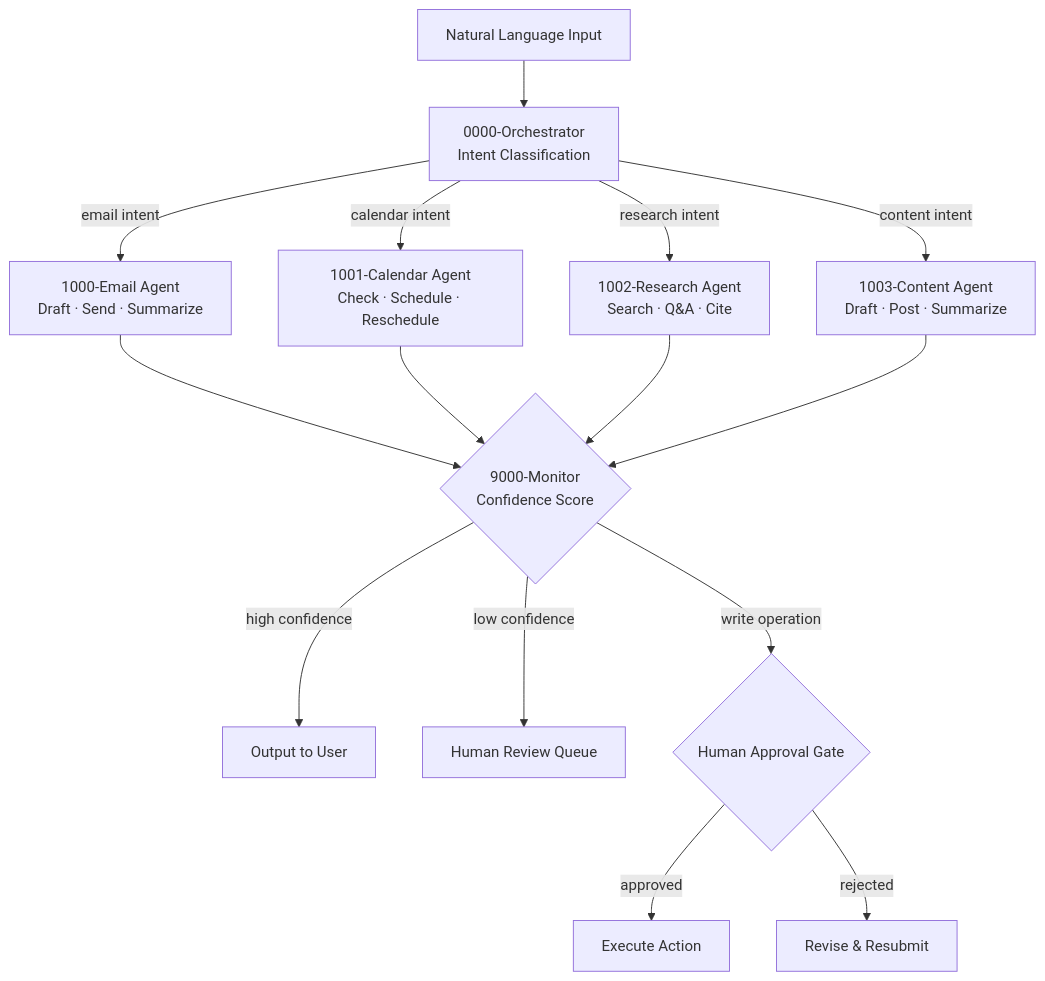
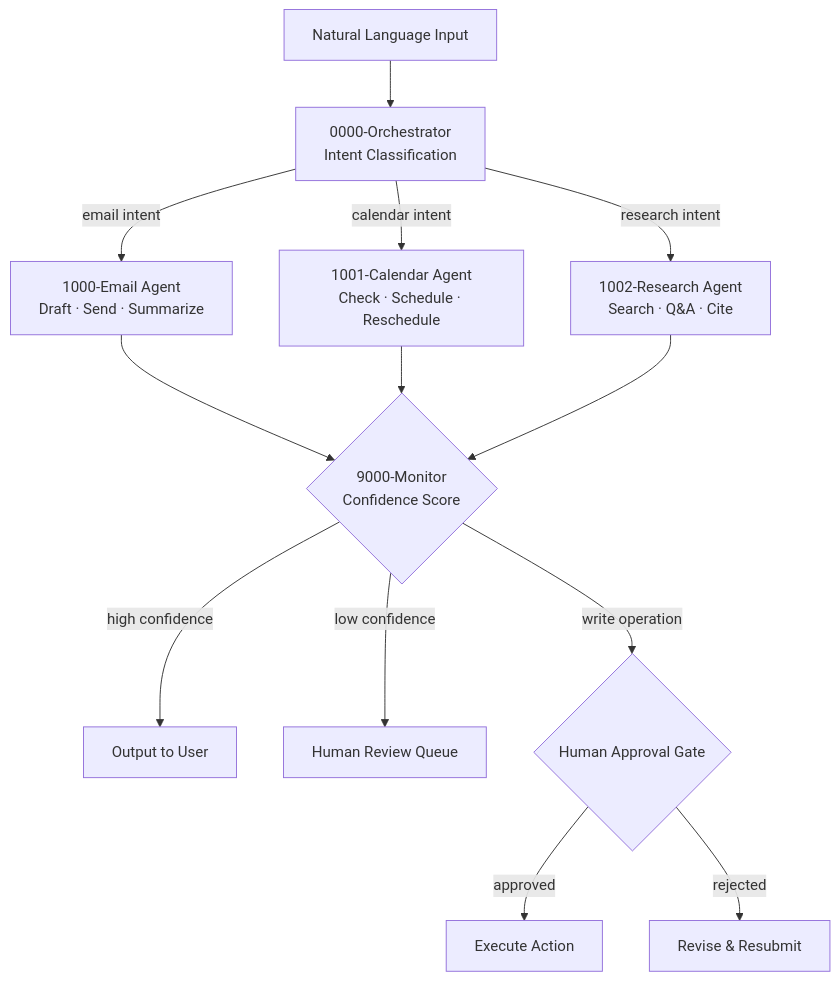
The diagram in README.md (lorenzespinosa/n8n-ai-agent-delegator), drawn with Mermaid before and after one commit. The commit also changed other lines of this file and 3 other files, not shown here.

Commit message:
fix: HITL gate warnings, remove missing agent from diagram, populate tables, update docs

````diff
--- a/README.md
+++ b/README.md
@@ -26,21 +25,18 @@
 ```mermaid
 flowchart TD
     INPUT["Natural Language Input"] --> ORCH["0000-Orchestrator<br/>Intent Classification"]
 
     ORCH --> |"email intent"| EMAIL["1000-Email Agent<br/>Draft · Send · Summarize"]
     ORCH --> |"calendar intent"| CAL["1001-Calendar Agent<br/>Check · Schedule · Reschedule"]
     ORCH --> |"research intent"| RES["1002-Research Agent<br/>Search · Q&A · Cite"]
-    ORCH --> |"content intent"| CONT["1003-Content Agent<br/>Draft · Post · Summarize"]
-
     EMAIL --> CONF{"9000-Monitor<br/>Confidence Score"}
     CAL --> CONF
     RES --> CONF
-    CONT --> CONF
 
     CONF -->|"high confidence"| OUT["Output to User"]
     CONF -->|"low confidence"| HUMAN["Human Review Queue"]
     CONF -->|"write operation"| APPROVE{"Human Approval Gate"}
 
     APPROVE -->|"approved"| EXEC["Execute Action"]
     APPROVE -->|"rejected"| REVISE["Revise & Resubmit"]
 ```
````
